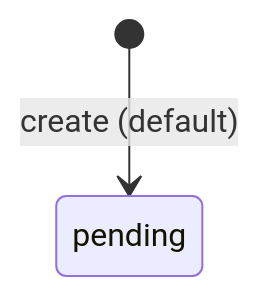
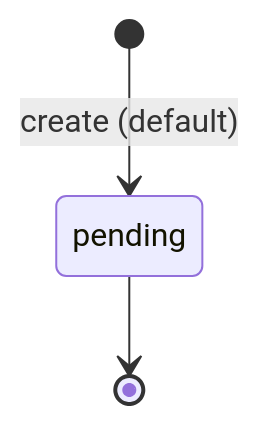
One commit to klong-dev/IntelliServOps changed diagram 14 of 21 in documents/state-machine-catalog.md. Above: the diagram before and after it, drawn with Mermaid. The commit also changed other lines of this file and 8 other files, not shown here.

````diff
--- a/documents/state-machine-catalog.md
+++ b/documents/state-machine-catalog.md
@@ -477,4 +494,5 @@
 ```mermaid
 stateDiagram-v2
     [*] --> pending: create (default)
+    pending --> [*]
 ```
````
